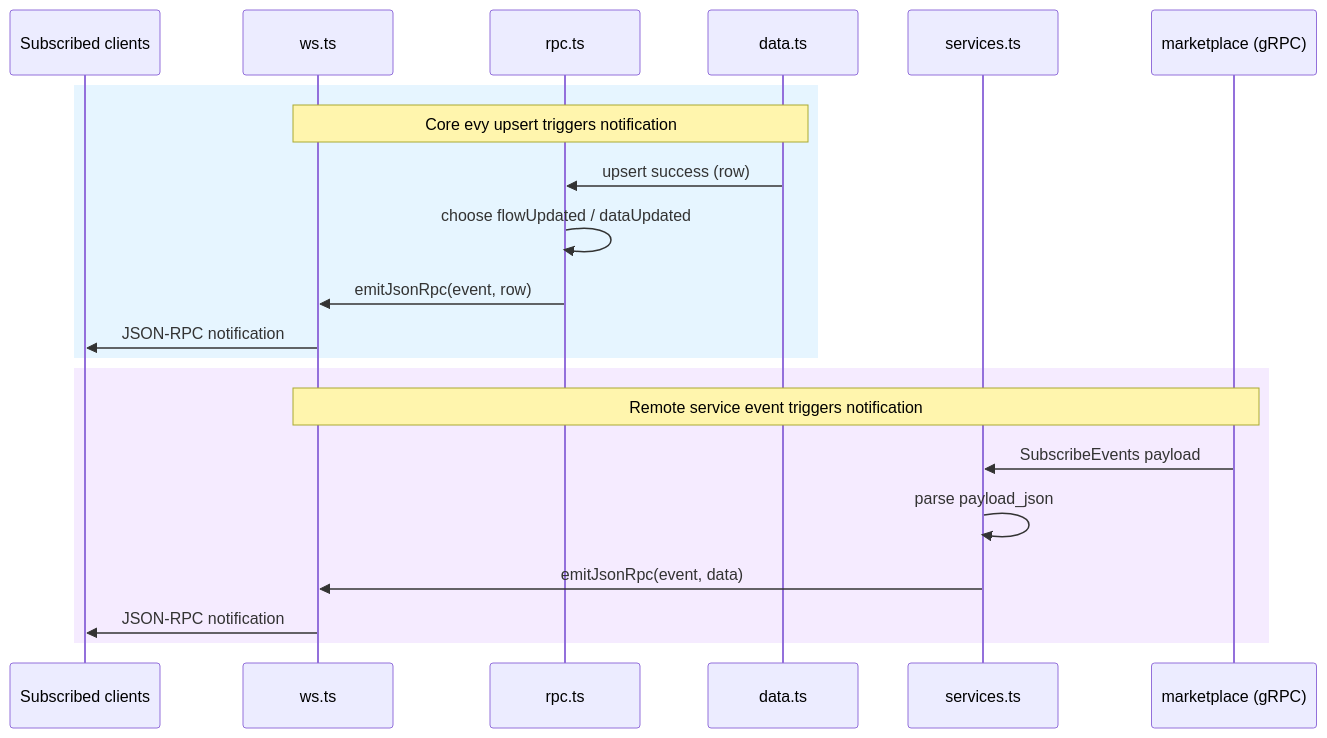
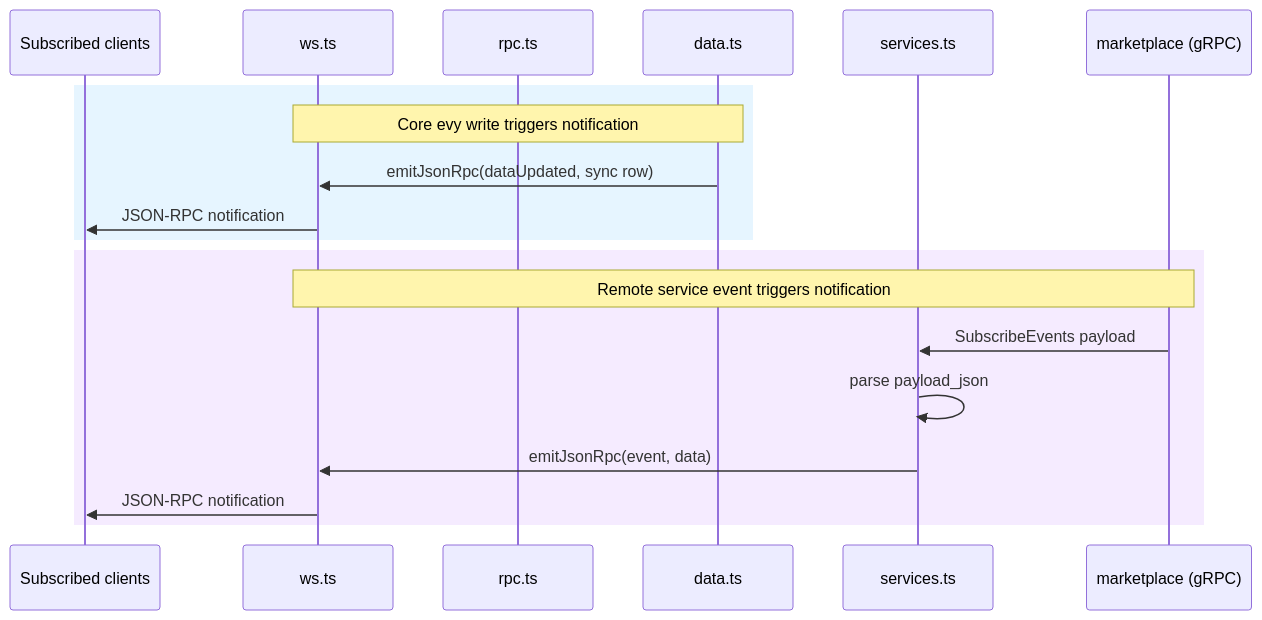
Before and after one commit to EVY-Platform/evy: the second of 3 diagrams in api/README.md, drawn with Mermaid. The commit also changed other lines of this file and 38 other files, not shown here.

First line of the commit message:
[FEAT] Unified data created notification with sync RPC and gRPC service integration (#189)

````diff
--- a/api/README.md
+++ b/api/README.md
@@ -55,25 +55,23 @@
 ```mermaid
 sequenceDiagram
     participant Client as Subscribed clients
     participant ws as ws.ts
     participant rpc as rpc.ts
     participant data as data.ts
     participant services as services.ts
     participant marketplace as marketplace (gRPC)
 
     rect rgb(230, 245, 255)
-    Note over data,ws: Core evy upsert triggers notification
-    data->>rpc: upsert success (row)
-    rpc->>rpc: choose flowUpdated / dataUpdated
-    rpc->>ws: emitJsonRpc(event, row)
+    Note over data,ws: Core evy write triggers notification
+    data->>ws: emitJsonRpc(dataUpdated, sync row)
     ws->>Client: JSON-RPC notification
     end
 
     rect rgb(245, 235, 255)
     Note over marketplace,ws: Remote service event triggers notification
     marketplace->>services: SubscribeEvents payload
     services->>services: parse payload_json
     services->>ws: emitJsonRpc(event, data)
     ws->>Client: JSON-RPC notification
     end
 ```
````
